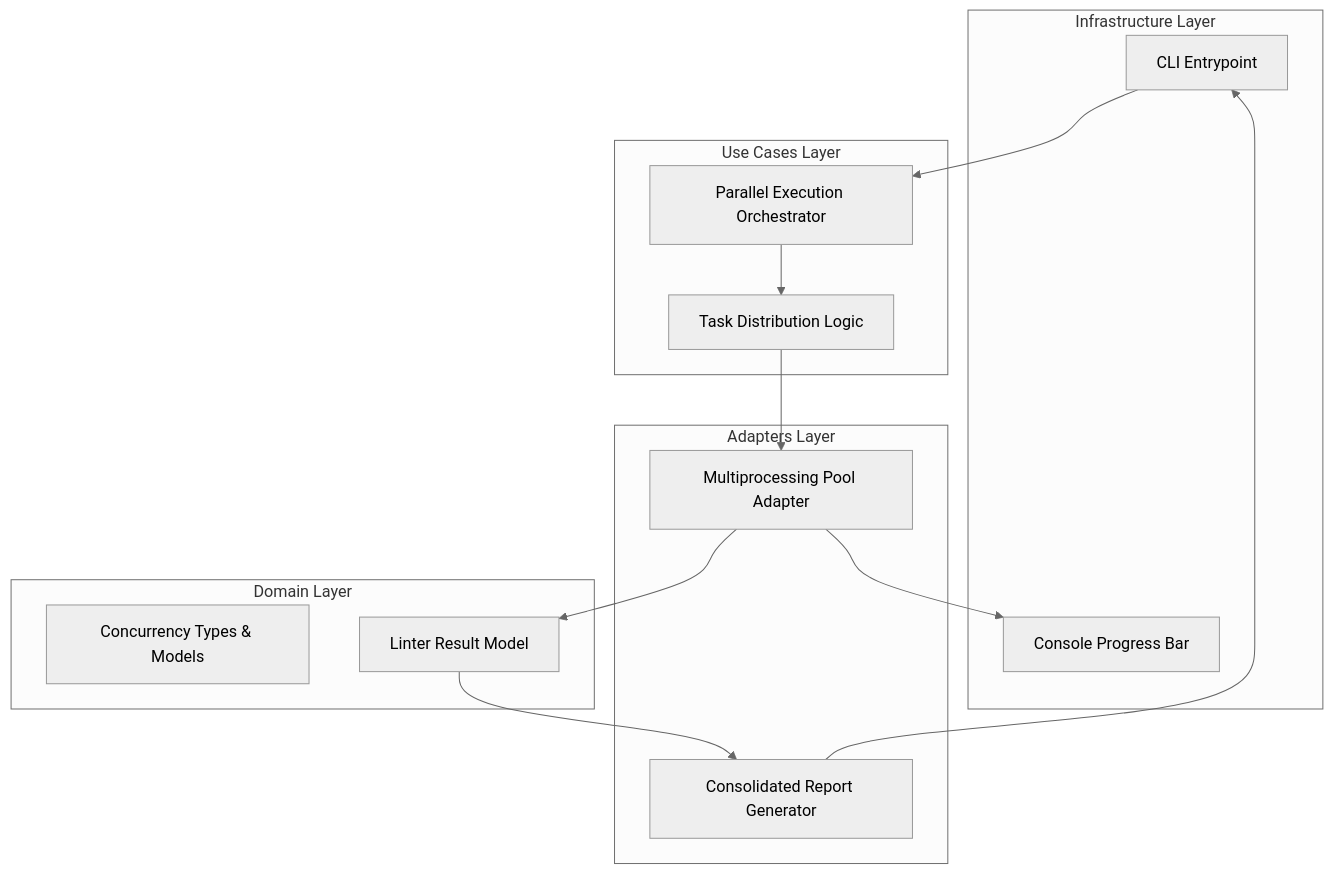
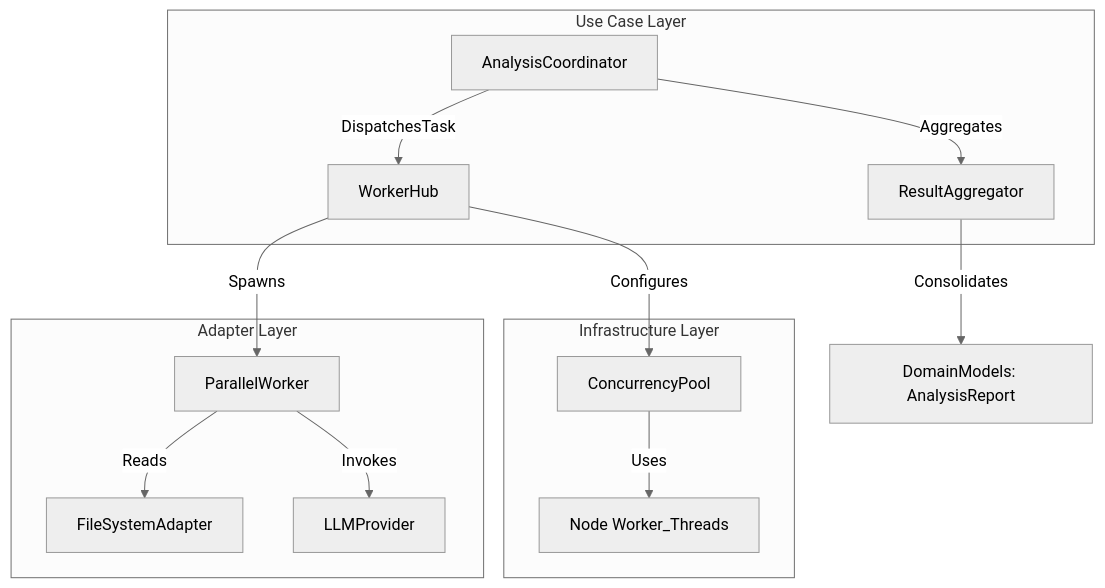
One commit to davidlapsleyio/shipkode-python-linting-cli-utility changed the diagram in specs/F0b-concurrent-analysis-worker-hub-077e2c3c/design.md. Above: the diagram before and after it, drawn with Mermaid (neutral theme). The commit also changed other lines of this file and 20 other files, not shown here.

````diff
--- a/specs/F0b-concurrent-analysis-worker-hub-077e2c3c/design.md
+++ b/specs/F0b-concurrent-analysis-worker-hub-077e2c3c/design.md
@@ -23,30 +23,21 @@
 ```mermaid
-graph TD
-    subgraph infrastructure [Infrastructure Layer]
-        CLI[CLI Entrypoint]
-        ProgressBar[Console Progress Bar]
+graph TB
+    subgraph UseCases [Use Case Layer]
+        UC[AnalysisCoordinator] -->|DispatchesTask| WH[WorkerHub]
+        UC -->|Aggregates| RA[ResultAggregator]
     end
 
-    subgraph adapters [Adapters Layer]
-        Pool[Multiprocessing Pool Adapter]
-        Reporter[Consolidated Report Generator]
+    subgraph Adapters [Adapter Layer]
+        WH -->|Spawns| PW[ParallelWorker]
+        PW -->|Reads| FS[FileSystemAdapter]
+        PW -->|Invokes| LP[LLMProvider]
     end
 
-    subgraph usecases [Use Cases Layer]
-        Orchestrator[Parallel Execution Orchestrator]
-        TaskDistributor[Task Distribution Logic]
+    subgraph Infrastructure [Infrastructure Layer]
+        WH -->|Configures| CP[ConcurrencyPool]
+        CP -->|Uses| NC[Node Worker_Threads]
     end
 
-    subgraph domain [Domain Layer]
-        Types[Concurrency Types & Models]
-        AnalysisResult[Linter Result Model]
-    end
+    RA -->|Consolidates| DR[DomainModels: AnalysisReport]
 
-    CLI --> Orchestrator
-    Orchestrator --> TaskDistributor
-    TaskDistributor --> Pool
-    Pool --> ProgressBar
-    Pool --> AnalysisResult
-    AnalysisResult --> Reporter
-    Reporter --> CLI
 ```
````
